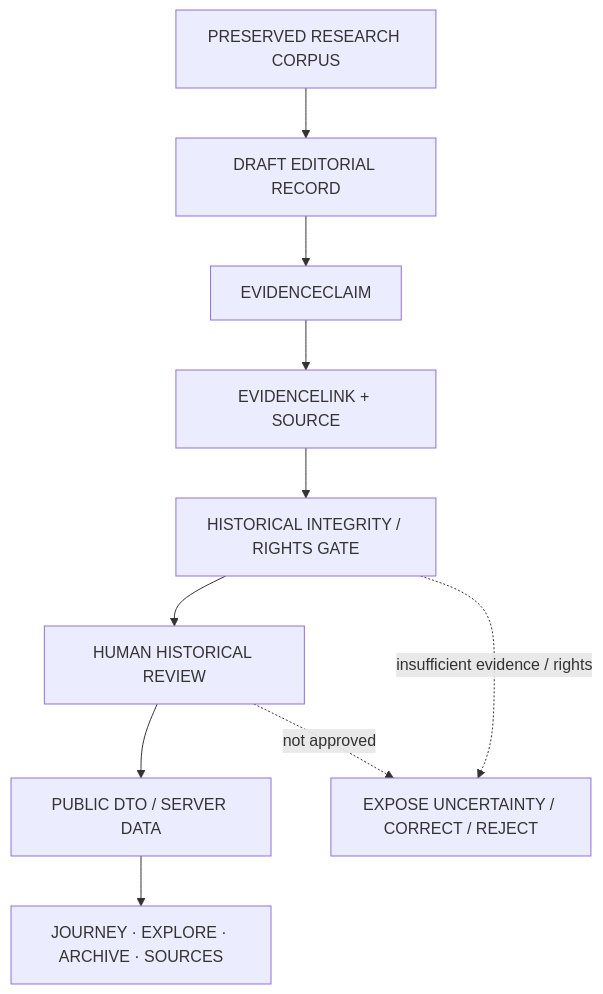
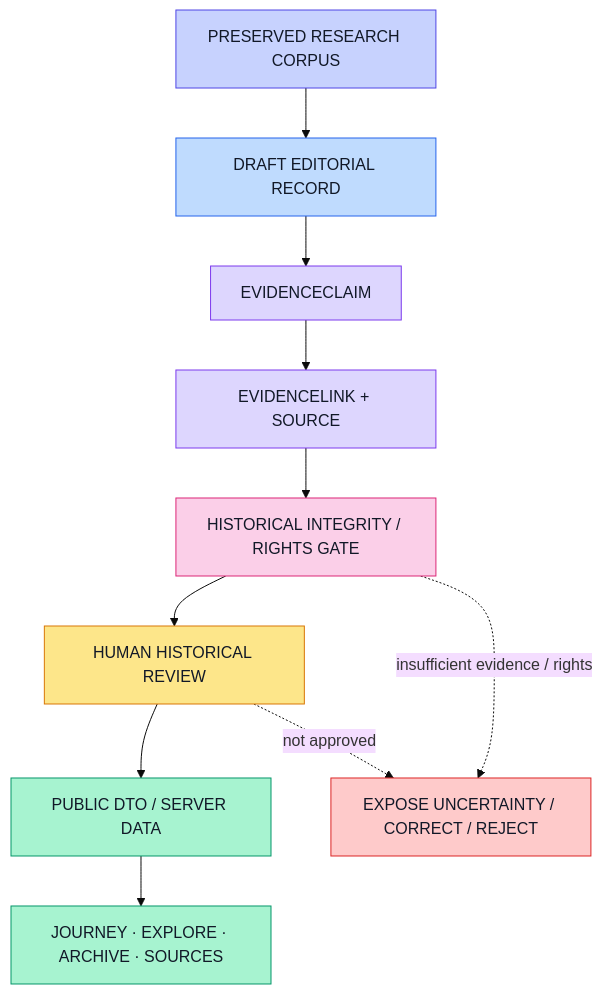
One commit to drferdi/Kediri-Kings-Century changed the third of 4 diagrams in README.md. Above: the diagram before and after it, drawn with Mermaid. The commit also changed other lines of this file, not shown here.

```diff
--- a/README.md
+++ b/README.md
@@ -323,22 +430,39 @@
 ~~~mermaid
+%%{init: {'theme':'base'}}%%
 flowchart TB
   CORPUS["PRESERVED RESEARCH CORPUS"]
   DRAFT["DRAFT EDITORIAL RECORD"]
   CLAIM["EVIDENCECLAIM"]
   LINK["EVIDENCELINK + SOURCE"]
   GATE["HISTORICAL INTEGRITY / RIGHTS GATE"]
   REVIEW["HUMAN HISTORICAL REVIEW"]
   DTO["PUBLIC DTO / SERVER DATA"]
   OUTPUT["JOURNEY · EXPLORE · ARCHIVE · SOURCES"]
   ESC["EXPOSE UNCERTAINTY / CORRECT / REJECT"]
 
   CORPUS --> DRAFT
   DRAFT --> CLAIM
   CLAIM --> LINK
   LINK --> GATE
   GATE --> REVIEW
   REVIEW --> DTO
   DTO --> OUTPUT
   GATE -. insufficient evidence / rights .-> ESC
   REVIEW -. not approved .-> ESC
+
+  classDef corpus fill:#C7D2FE,stroke:#4F46E5,color:#111827;
+  classDef draft fill:#BFDBFE,stroke:#2563EB,color:#111827;
+  classDef evidence fill:#DDD6FE,stroke:#7C3AED,color:#111827;
+  classDef gate fill:#FBCFE8,stroke:#DB2777,color:#111827;
+  classDef human fill:#FDE68A,stroke:#D97706,color:#111827;
+  classDef output fill:#A7F3D0,stroke:#059669,color:#111827;
+  classDef esc fill:#FECACA,stroke:#DC2626,color:#111827;
+
+  class CORPUS corpus;
+  class DRAFT draft;
+  class CLAIM,LINK evidence;
+  class GATE gate;
+  class REVIEW human;
+  class DTO,OUTPUT output;
+  class ESC esc;
 ~~~
```
